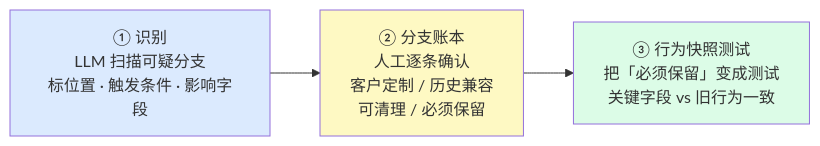
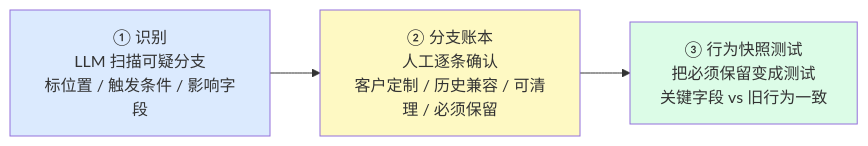
Before and after one commit to whaili/ArchNotes: the third of 3 diagrams in retro-fit/历史代码治理实践报告.md, drawn with Mermaid. The commit also changed other lines of this file, not shown here.

First line of the commit message:
docs: 修正 Mermaid 图表语法兼容性

````diff
--- a/retro-fit/历史代码治理实践报告.md
+++ b/retro-fit/历史代码治理实践报告.md
@@ -152,10 +152,10 @@
 ```mermaid
 flowchart LR
-    A["① 识别<br/>LLM 扫描可疑分支<br/>标位置 · 触发条件 · 影响字段"] --> B
-    B["② 分支账本<br/>人工逐条确认<br/>客户定制 / 历史兼容<br/>可清理 / 必须保留"] --> C
-    C["③ 行为快照测试<br/>把「必须保留」变成测试<br/>关键字段 vs 旧行为一致"]
+    A["① 识别<br>LLM 扫描可疑分支<br>标位置 / 触发条件 / 影响字段"] --> B
+    B["② 分支账本<br>人工逐条确认<br>客户定制 / 历史兼容 / 可清理 / 必须保留"] --> C
+    C["③ 行为快照测试<br>把必须保留变成测试<br>关键字段 vs 旧行为一致"]
 
     style A fill:#dbeafe
     style B fill:#fef9c3
     style C fill:#dcfce7
 ```
````
